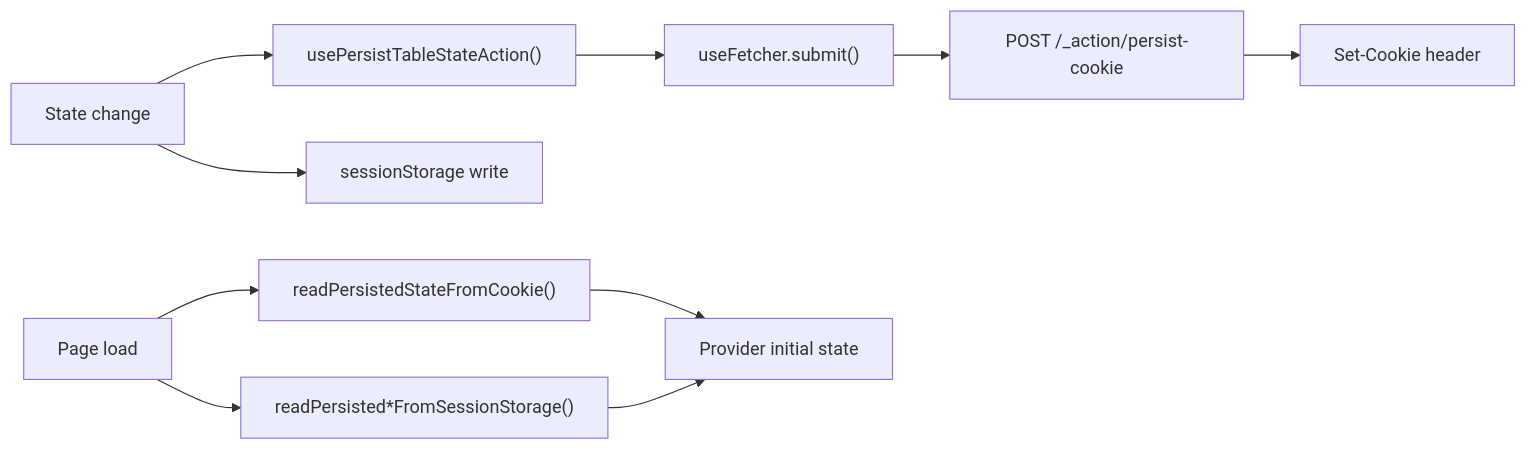
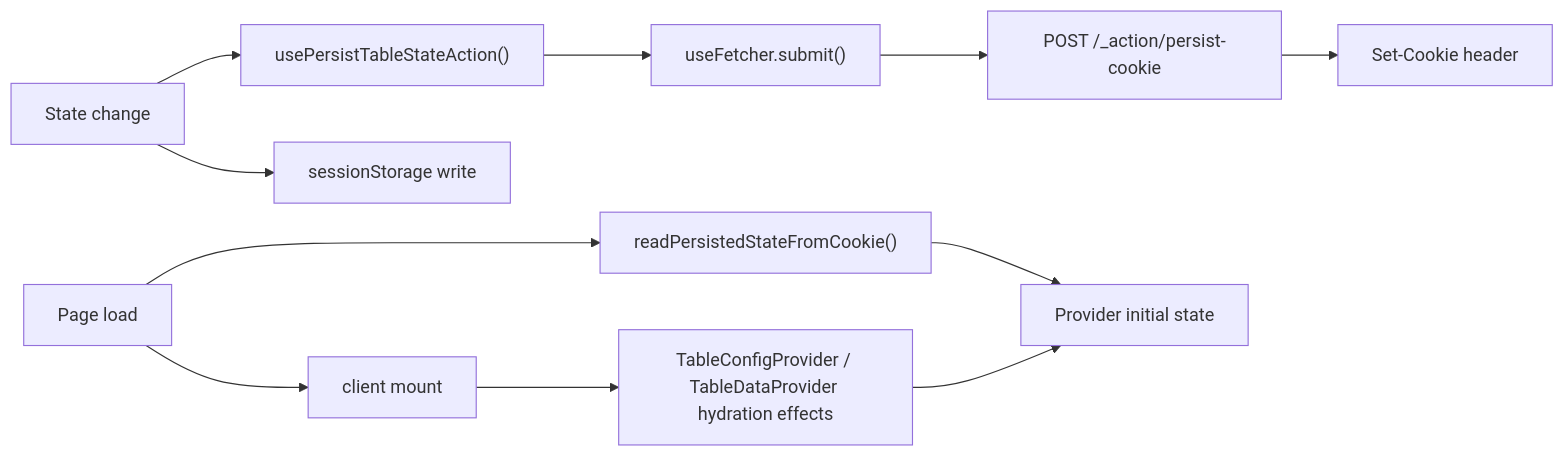
The fourth of 4 diagrams in apps/react-router/src/components/Table/ARCHITECTURE.md (luciocabrera/lcabrera-stack), drawn with Mermaid before and after one commit. The commit also changed 19 other files, not shown here.

Commit message:
feat: add isBusy prop to Button, Tabs, ToggleSwitch components and update architecture documentation

````diff
--- a/apps/react-router/src/components/Table/ARCHITECTURE.md
+++ b/apps/react-router/src/components/Table/ARCHITECTURE.md
@@ -158,13 +158,14 @@
 ```mermaid
 graph LR
   Change["State change"] --> Action["usePersistTableStateAction()"]
   Change --> Session["sessionStorage write"]
   Action --> Fetcher["useFetcher.submit()"]
   Fetcher --> Route["POST /_action/persist-cookie"]
   Route --> Cookie["Set-Cookie header"]
 
   Load["Page load"] --> CookieRead["readPersistedStateFromCookie()"]
   CookieRead --> Init["Provider initial state"]
-  Load --> SessionRead["readPersisted*FromSessionStorage()"]
+  Load --> Mount["client mount"]
+  Mount --> SessionRead["TableConfigProvider / TableDataProvider hydration effects"]
   SessionRead --> Init
 ```
````
